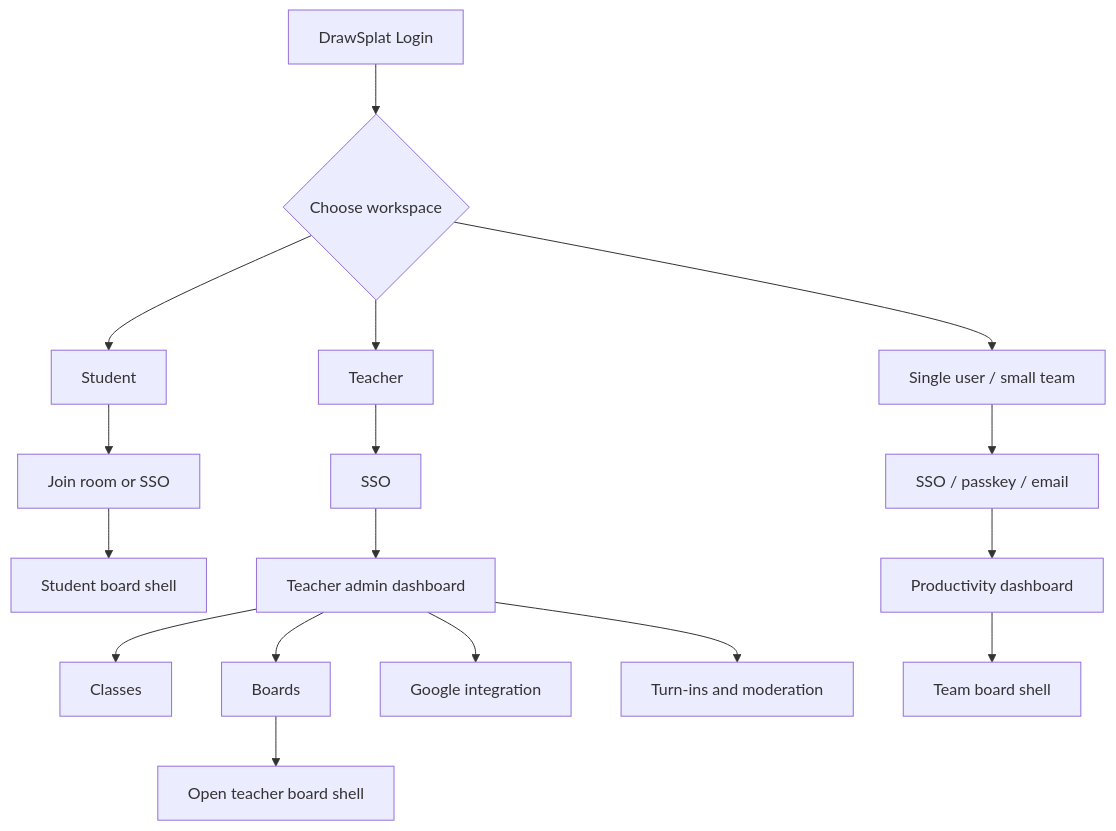
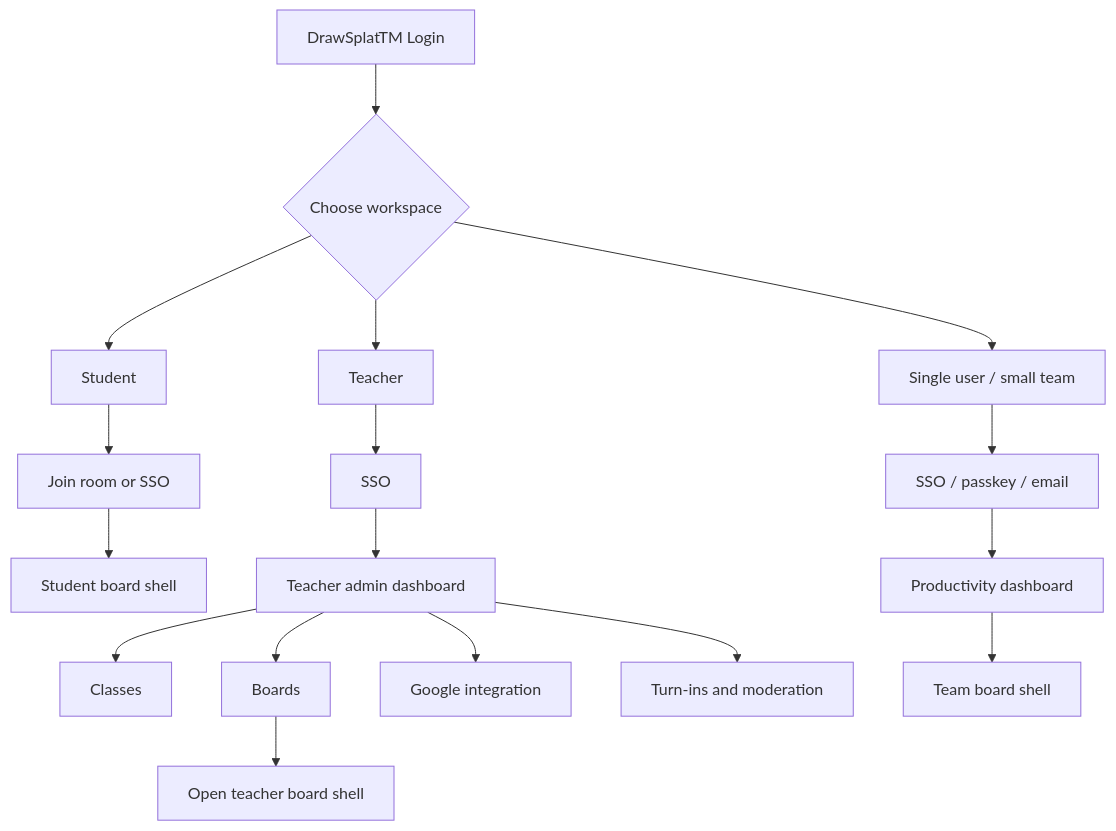
Before and after one commit to mguhlin/drawsplat: the diagram in docs/standalone-architecture.md, drawn with Mermaid. The commit also changed other lines of this file and 63 other files, not shown here.

Commit message:
Add DrawSplat trademark mark

````diff
--- a/docs/standalone-architecture.md
+++ b/docs/standalone-architecture.md
@@ -439,19 +439,19 @@
 ```mermaid
 flowchart TD
-  A[DrawSplat Login] --> B{Choose workspace}
+  A[DrawSplatTM Login] --> B{Choose workspace}
   B --> C[Student]
   B --> D[Teacher]
   B --> E[Single user / small team]
   C --> C1[Join room or SSO]
   C1 --> C2[Student board shell]
   D --> D1[SSO]
   D1 --> D2[Teacher admin dashboard]
   D2 --> D3[Classes]
   D2 --> D4[Boards]
   D2 --> D5[Google integration]
   D2 --> D6[Turn-ins and moderation]
   D4 --> D7[Open teacher board shell]
   E --> E1[SSO / passkey / email]
   E1 --> E2[Productivity dashboard]
   E2 --> E3[Team board shell]
 ```
````
